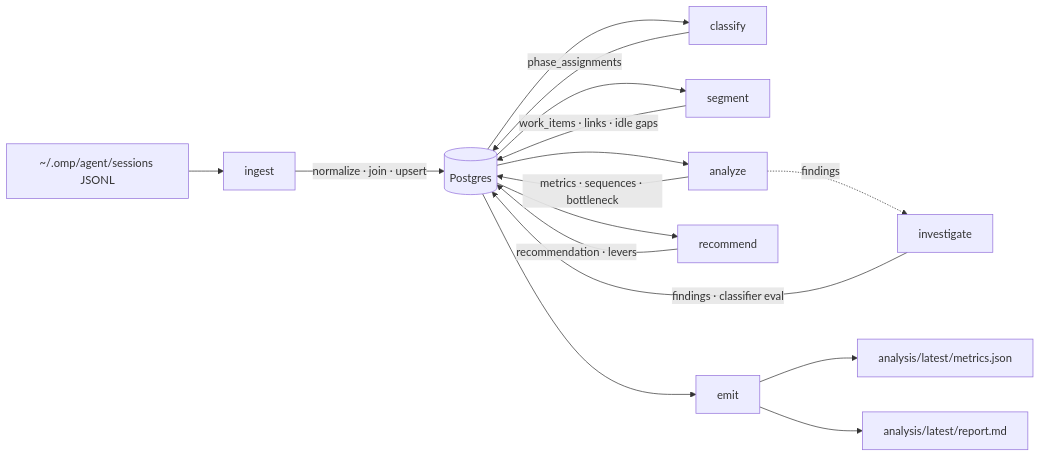
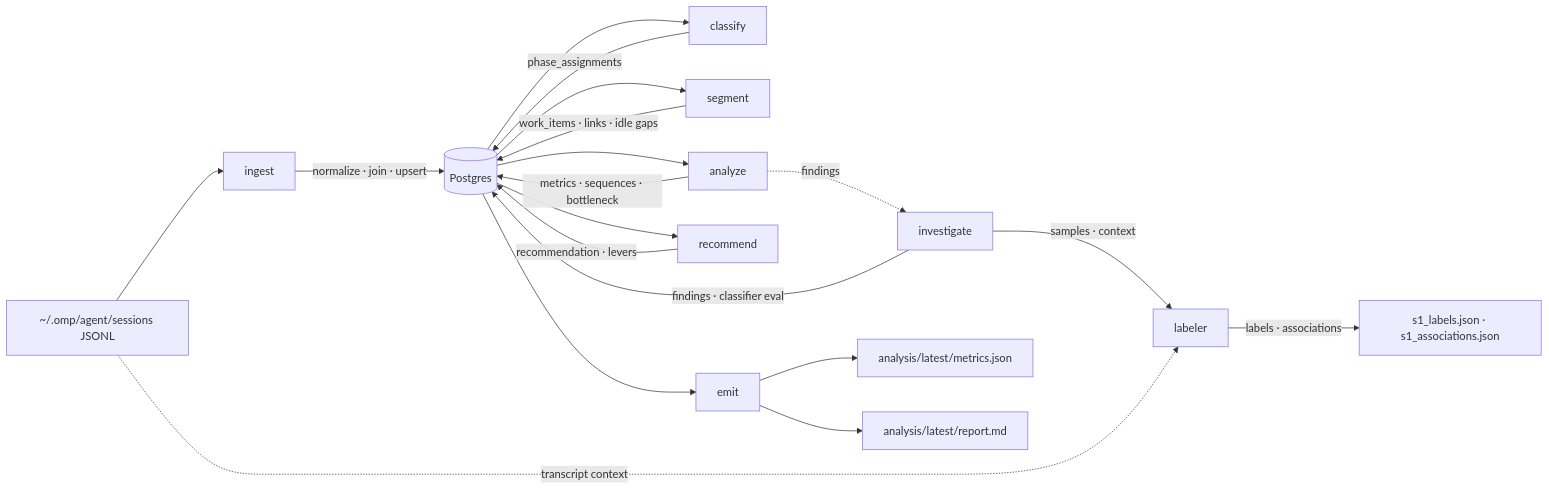
The diagram in docs/TECHSPEC.md (ashbywinch/sdl-flow-optimiser), drawn with Mermaid before and after one commit. The commit also changed other lines of this file and 21 other files, not shown here.

````diff
--- a/docs/TECHSPEC.md
+++ b/docs/TECHSPEC.md
@@ -11,18 +11,21 @@
 ```mermaid
 flowchart LR
     F[~/.omp/agent/sessions JSONL] --> IN[ingest]
     IN -->|normalize · join · upsert| P[(Postgres)]
     P --> CL[classify]
     CL -->|phase_assignments| P
     P --> SG[segment]
     SG -->|work_items · links · idle gaps| P
     P --> AN[analyze]
     AN -->|metrics · sequences · bottleneck| P
     P --> RC[recommend]
     RC -->|recommendation · levers| P
     AN -. findings .-> IV[investigate]
     IV -->|findings · classifier eval| P
     P --> EM[emit]
     EM --> A1[analysis/latest/metrics.json]
     EM --> A2[analysis/latest/report.md]
+    IV -->|samples · context| LB[labeler]
+    LB -->|labels · associations| LBJSON[s1_labels.json · s1_associations.json]
+    F -. transcript context .-> LB
 ```
````
